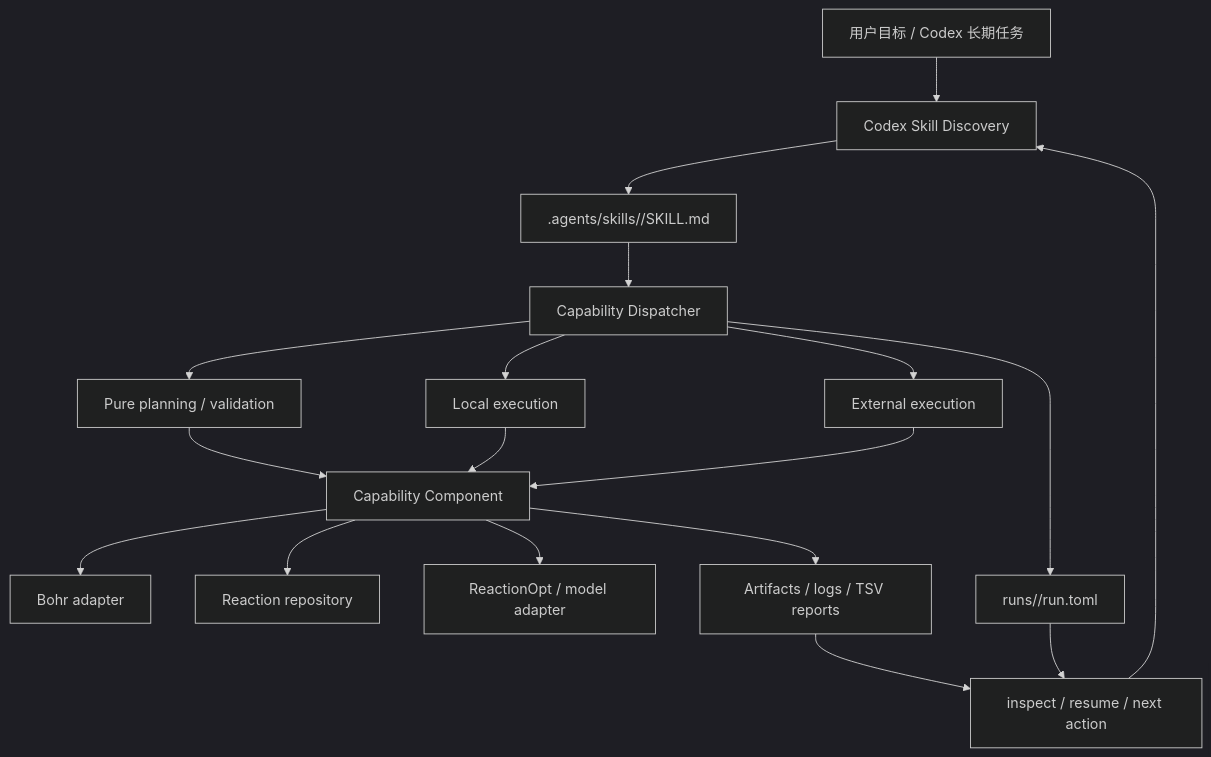
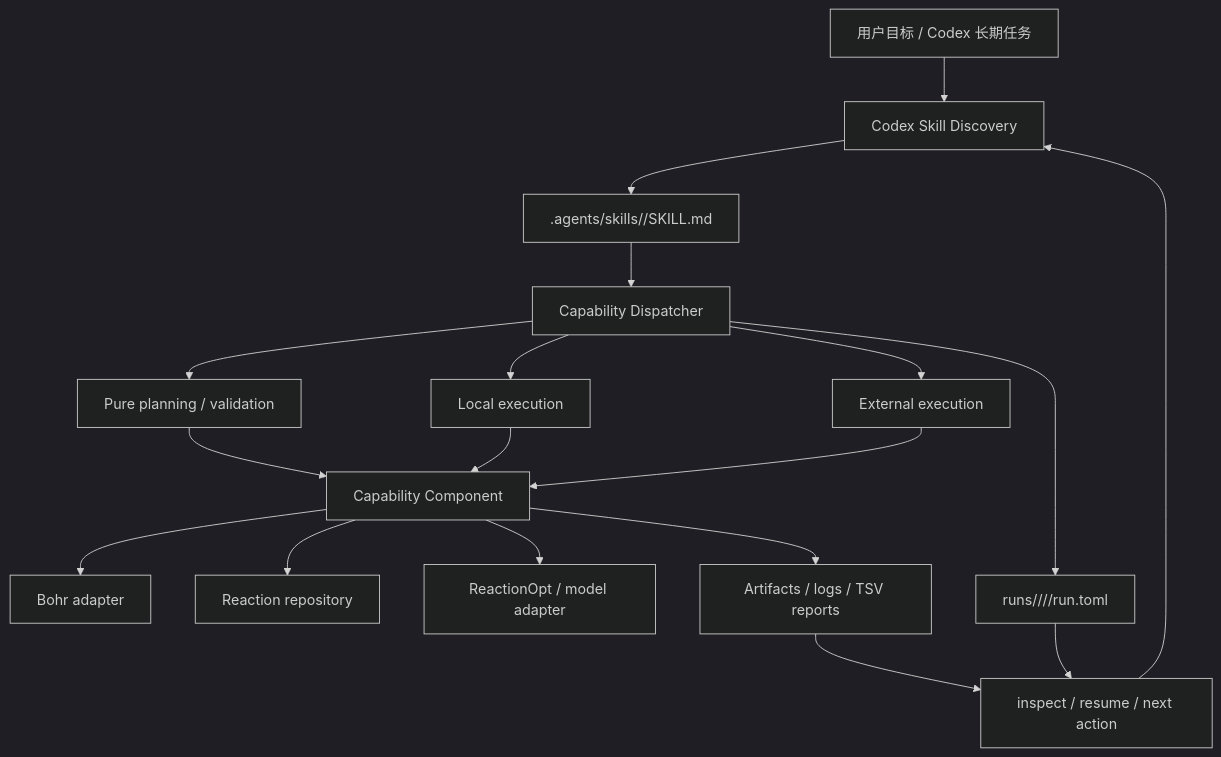
Before and after one commit to gentle1999/TriCycle: the diagram in docs/architecture-design.md, drawn with Mermaid (dark theme). The commit also changed other lines of this file and 98 other files, not shown here.

````diff
--- a/docs/architecture-design.md
+++ b/docs/architecture-design.md
@@ -66,23 +66,23 @@
 ```mermaid
 flowchart TB
     U["用户目标 / Codex 长期任务"] --> D["Codex Skill Discovery"]
     D --> S[".agents/skills/<capability>/SKILL.md"]
     S --> X["Capability Dispatcher"]
 
     X --> P["Pure planning / validation"]
     X --> L["Local execution"]
     X --> E["External execution"]
 
     P --> C["Capability Component"]
     L --> C
     E --> C
     C --> A1["Bohr adapter"]
     C --> A2["Reaction repository"]
     C --> A3["ReactionOpt / model adapter"]
 
-    X --> R["runs/<run-id>/run.toml"]
+    X --> R["runs/<date>/<timestamp>/<run-id>/run.toml"]
     C --> F["Artifacts / logs / TSV reports"]
     R --> Z["inspect / resume / next action"]
     F --> Z
     Z --> D
 ```
````
